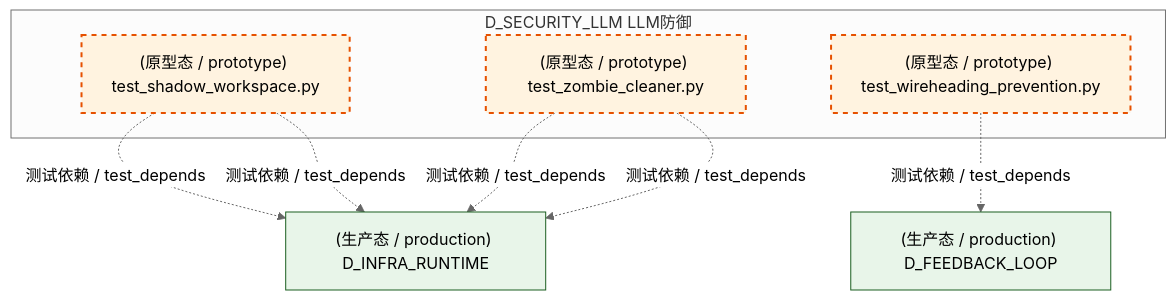
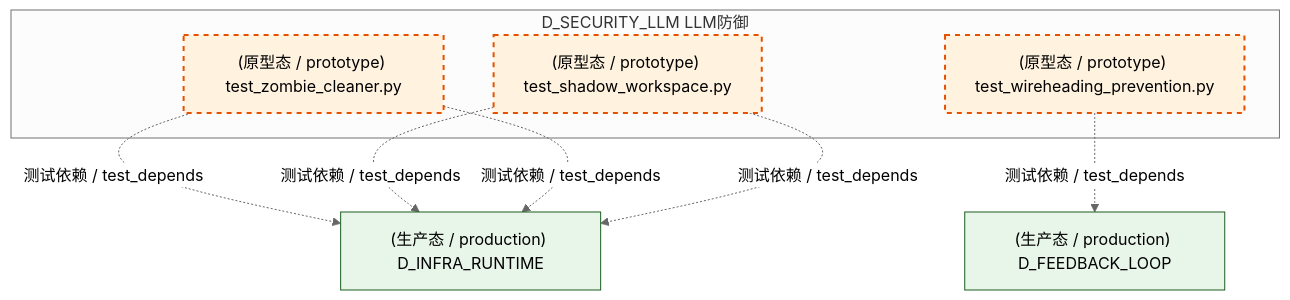
One commit to xuanFelixVan/ZephyrAlpha changed the third of 6 diagrams in docs/02_enterprise_architecture/02_domain_architecture_docs/25_d_security_llm.md. Above: the diagram before and after it, drawn with Mermaid (neutral theme). The commit also changed other lines of this file and 126 other files, not shown here.

````diff
--- a/docs/02_enterprise_architecture/02_domain_architecture_docs/25_d_security_llm.md
+++ b/docs/02_enterprise_architecture/02_domain_architecture_docs/25_d_security_llm.md
@@ -272,21 +273,21 @@
 ```mermaid
 graph TD
     subgraph D_SECURITY_LLM["D_SECURITY_LLM LLM防御"]
         tests_llm_security_test_shadow_workspace_py["(原型态 / prototype) test_shadow_workspace.py"]
         tests_llm_security_test_wireheading_prevention_py["(原型态 / prototype) test_wireheading_prevention.py"]
         tests_llm_security_test_zombie_cleaner_py["(原型态 / prototype) test_zombie_cleaner.py"]
     end
     D_INFRA_RUNTIME["(生产态 / production) D_INFRA_RUNTIME"]
-    tests_llm_security_test_shadow_workspace_py -.->|测试依赖 / test_depends| D_INFRA_RUNTIME
+    tests_llm_security_test_zombie_cleaner_py -.->|测试依赖 / test_depends| D_INFRA_RUNTIME
     tests_llm_security_test_shadow_workspace_py -.->|测试依赖 / test_depends| D_INFRA_RUNTIME
     tests_llm_security_test_zombie_cleaner_py -.->|测试依赖 / test_depends| D_INFRA_RUNTIME
-    tests_llm_security_test_zombie_cleaner_py -.->|测试依赖 / test_depends| D_INFRA_RUNTIME
+    tests_llm_security_test_shadow_workspace_py -.->|测试依赖 / test_depends| D_INFRA_RUNTIME
     D_FEEDBACK_LOOP["(生产态 / production) D_FEEDBACK_LOOP"]
     tests_llm_security_test_wireheading_prevention_py -.->|测试依赖 / test_depends| D_FEEDBACK_LOOP
     classDef production fill:#e1f5fe,stroke:#01579b,stroke-width:2px,color:#000
     classDef design fill:#fff3e0,stroke:#e65100,stroke-width:2px,color:#000,stroke-dasharray: 5 5
     classDef external_prod fill:#e8f5e9,stroke:#1b5e20,stroke-width:1px,color:#000
     classDef external_design fill:#fce4ec,stroke:#880e4f,stroke-width:1px,color:#000,stroke-dasharray: 5 5
     class tests_llm_security_test_shadow_workspace_py,tests_llm_security_test_wireheading_prevention_py,tests_llm_security_test_zombie_cleaner_py design
     class D_INFRA_RUNTIME,D_FEEDBACK_LOOP external_prod
 ```
````
